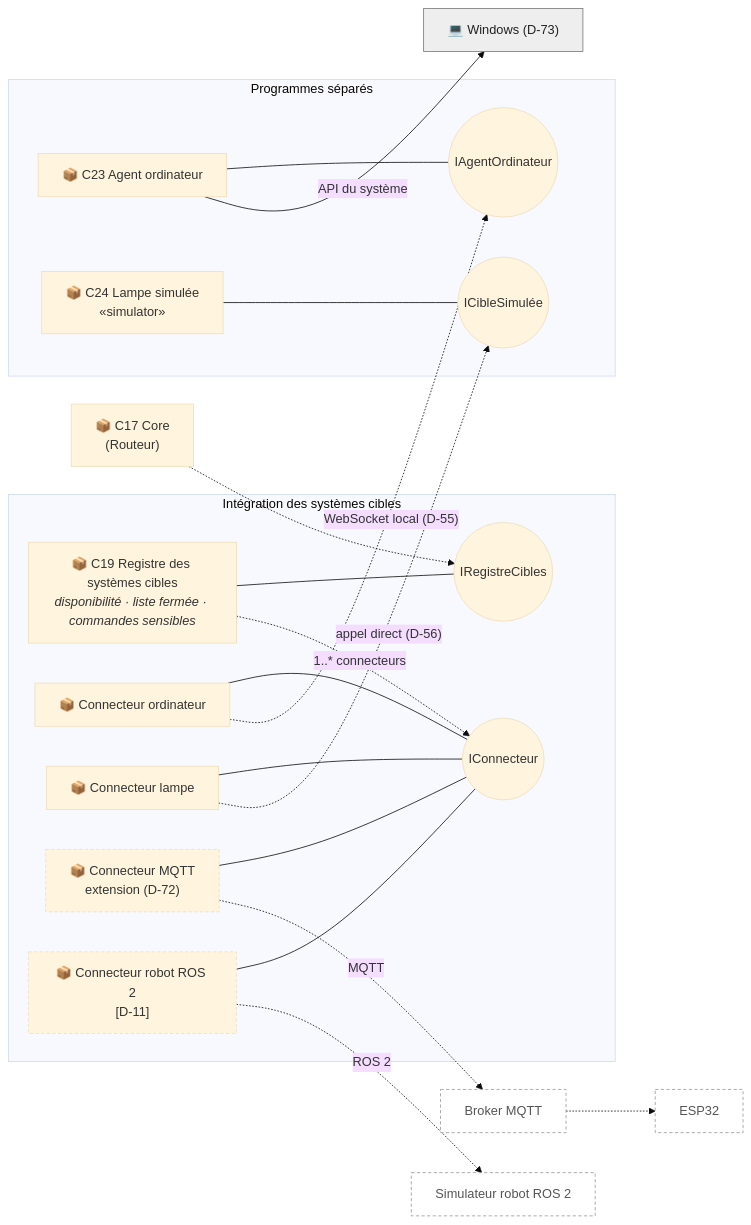
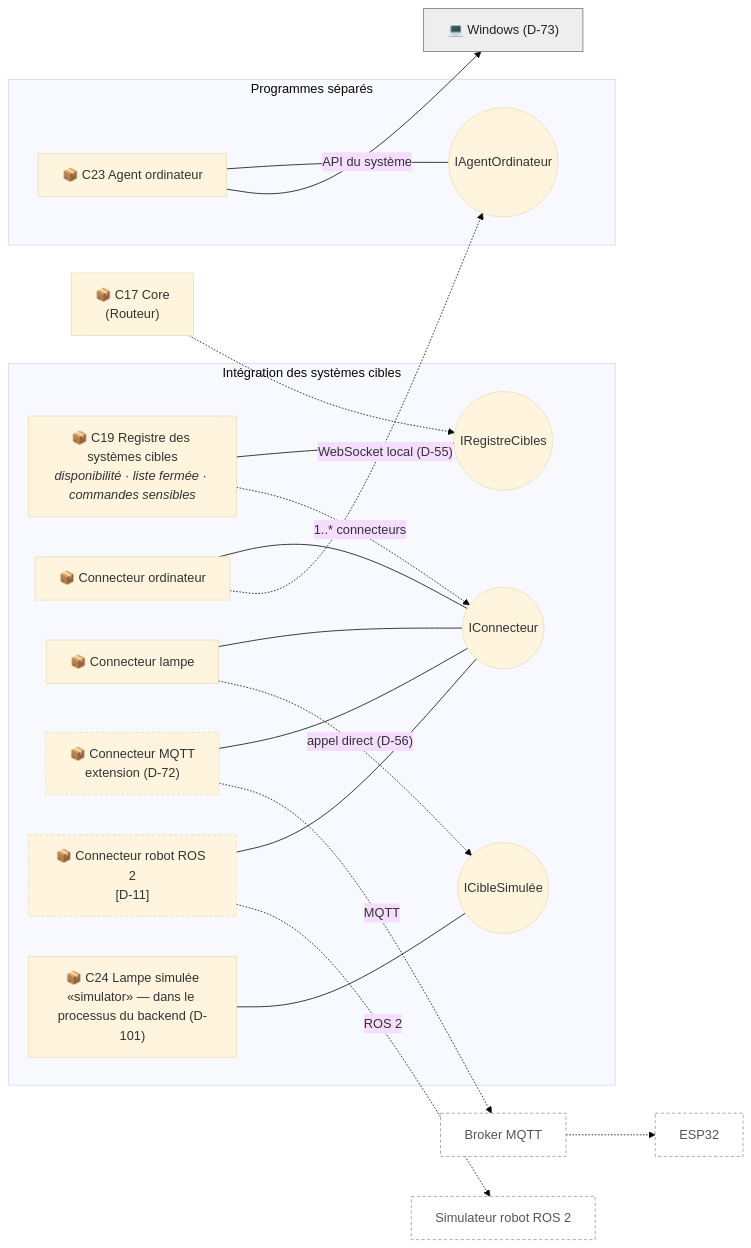
Before and after one commit to eloge9/CortexOS-IA: the fifth of 5 diagrams in docs/diagrammes/diag-04-composants.md, drawn with Mermaid (base theme). The commit also changed other lines of this file and 11 other files, not shown here.

````diff
--- a/docs/diagrammes/diag-04-composants.md
+++ b/docs/diagrammes/diag-04-composants.md
@@ -344,47 +344,47 @@
 ```mermaid
 flowchart LR
     CORE["📦 C17 Core<br/>(Routeur)"]
 
     subgraph INT["Intégration des systèmes cibles"]
         C19["📦 C19 Registre des systèmes cibles<br/><i>disponibilité · liste fermée · commandes sensibles</i>"]
         I_REG(("IRegistreCibles"))
         I_CON(("IConnecteur"))
         K1["📦 Connecteur ordinateur"]
         K2["📦 Connecteur lampe"]
         K3["📦 Connecteur MQTT<br/>extension (D-72)"]:::opt
         K4["📦 Connecteur robot ROS 2<br/>[D-11]"]:::opt
+        C24["📦 C24 Lampe simulée<br/>«simulator» — dans le processus du backend (D-101)"]
+        I_SIMU(("ICibleSimulée"))
     end
 
     subgraph PS["Programmes séparés"]
         C23["📦 C23 Agent ordinateur"]
         I_AG(("IAgentOrdinateur"))
-        C24["📦 C24 Lampe simulée<br/>«simulator»"]
-        I_SIMU(("ICibleSimulée"))
     end
 
     E4["💻 Windows (D-73)"]:::ext
     E5["Broker MQTT"]:::extopt
     E6["ESP32"]:::extopt
     E7["Simulateur robot ROS 2"]:::extopt
 
     C19 --- I_REG
     CORE -.-> I_REG
     K1 --- I_CON
     K2 --- I_CON
     K3 --- I_CON
     K4 --- I_CON
     C19 -. "1..* connecteurs" .-> I_CON
 
     C23 --- I_AG
     C24 --- I_SIMU
     K1 -. "WebSocket local (D-55)" .-> I_AG
     C23 -- "API du système" --> E4
     K2 -. "appel direct (D-56)" .-> I_SIMU
     K3 -. "MQTT" .-> E5
     E5 -.-> E6
     K4 -. "ROS 2" .-> E7
 
     classDef opt stroke-dasharray: 4 3
     classDef ext fill:#eeeeee,stroke:#777777,color:#222222
     classDef extopt fill:#ffffff,stroke:#999999,stroke-dasharray: 4 3,color:#555555
 ```
````
